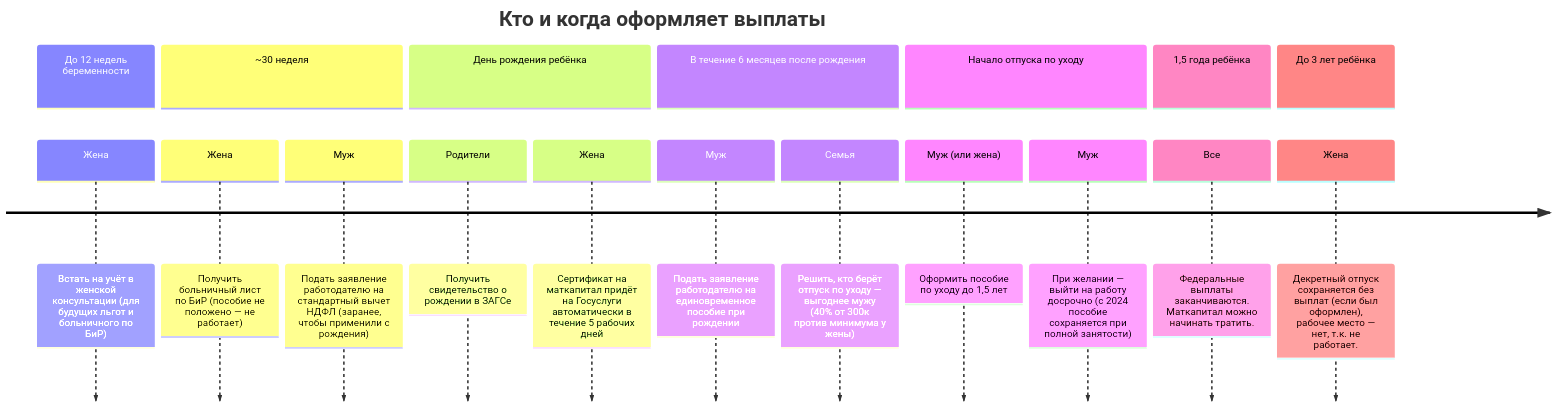
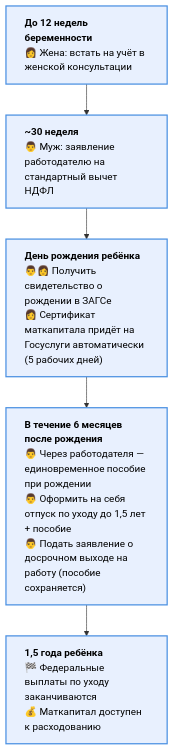
The diagram in misc/Выплаты при рождении первого ребенка в России.md (kkulebaev/obsidian), drawn with Mermaid before and after one commit. The commit also changed other lines of this file, not shown here.

````diff
--- a/misc/Выплаты при рождении первого ребенка в России.md
+++ b/misc/Выплаты при рождении первого ребенка в России.md
@@ -136,22 +125,13 @@
 ```mermaid
-timeline
-    title Кто и когда оформляет выплаты
-    section До 12 недель беременности
-        Жена : Встать на учёт в женской консультации (для будущих льгот и больничного по БиР)
-    section ~30 неделя
-        Жена : Получить больничный лист по БиР (пособие не положено — не работает)
-        Муж : Подать заявление работодателю на стандартный вычет НДФЛ (заранее, чтобы применили с рождения)
-    section День рождения ребёнка
-        Родители : Получить свидетельство о рождении в ЗАГСе
-        Жена : Сертификат на маткапитал придёт на Госуслуги автоматически в течение 5 рабочих дней
-    section В течение 6 месяцев после рождения
-        Муж : Подать заявление работодателю на единовременное пособие при рождении
-        Семья : Решить, кто берёт отпуск по уходу — выгоднее мужу (40% от 300к против минимума у жены)
-    section Начало отпуска по уходу
-        Муж (или жена) : Оформить пособие по уходу до 1,5 лет
-        Муж : При желании — выйти на работу досрочно (с 2024 пособие сохраняется при полной занятости)
-    section 1,5 года ребёнка
-        Все : Федеральные выплаты заканчиваются. Маткапитал можно начинать тратить.
-    section До 3 лет ребёнка
-        Жена : Декретный отпуск сохраняется без выплат (если был оформлен), рабочее место — нет, т.к. не работает.
+flowchart TD
+    A["<b>До 12 недель беременности</b><br/>👩 Жена: встать на учёт в женской консультации"]
+    B["<b>~30 неделя</b><br/>👨 Муж: заявление работодателю на стандартный вычет НДФЛ"]
+    C["<b>День рождения ребёнка</b><br/>👨‍👩 Получить свидетельство о рождении в ЗАГСе<br/>👩 Сертификат маткапитала придёт на Госуслуги автоматически (5 рабочих дней)"]
+    D["<b>В течение 6 месяцев после рождения</b><br/>👨 Через работодателя — единовременное пособие при рождении<br/>👨 Оформить на себя отпуск по уходу до 1,5 лет + пособие<br/>👨 Подать заявление о досрочном выходе на работу (пособие сохраняется)"]
+    E["<b>1,5 года ребёнка</b><br/>🏁 Федеральные выплаты по уходу заканчиваются<br/>💰 Маткапитал доступен к расходованию"]
+
+    A --> B --> C --> D --> E
+
+    classDef phase fill:#e8f0fe,stroke:#4a90e2,stroke-width:2px,color:#000,text-align:left
+    class A,B,C,D,E phase
 ```
````
